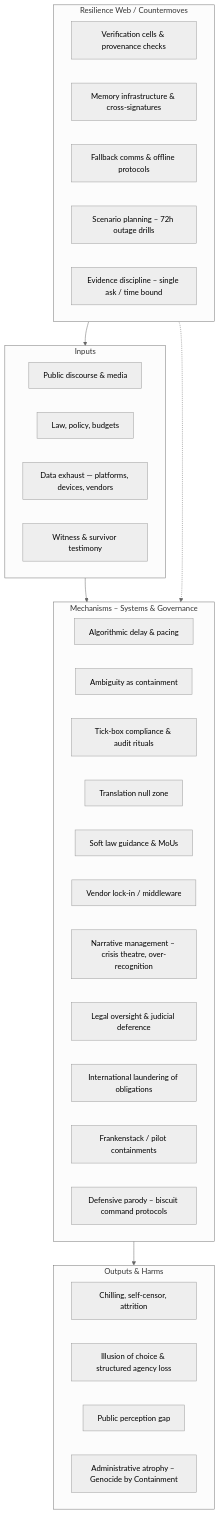
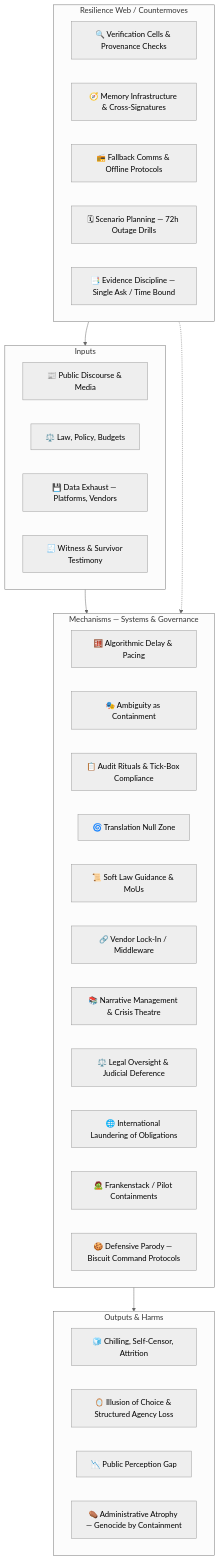
The diagram in Disruption_Kit/Big_Picture_Protocols/🌀_System_Governance/README.md (josefsbreakfast/Polaris-Protocol), drawn with Mermaid (neutral theme) before and after one commit. The commit also changed other lines of this file, not shown here.

````diff
--- a/Disruption_Kit/Big_Picture_Protocols/🌀_System_Governance/README.md
+++ b/Disruption_Kit/Big_Picture_Protocols/🌀_System_Governance/README.md
@@ -59,43 +58,43 @@
 ```mermaid
 flowchart TD
   subgraph IN[Inputs]
-    I1[Public discourse & media]
-    I2[Law, policy, budgets]
-    I3[Data exhaust — platforms, devices, vendors]
-    I4[Witness & survivor testimony]
+    I1[📰 Public Discourse & Media]
+    I2[⚖️ Law, Policy, Budgets]
+    I3[💾 Data Exhaust — Platforms, Vendors]
+    I4[🧾 Witness & Survivor Testimony]
   end
 
-  subgraph M[Mechanisms – Systems & Governance]
-    M1[Algorithmic delay & pacing]
-    M2[Ambiguity as containment]
-    M3[Tick-box compliance & audit rituals]
-    M4[Translation null zone]
-    M5[Soft law guidance & MoUs]
-    M6[Vendor lock-in / middleware]
-    M7[Narrative management – crisis theatre, over-recognition]
-    M8[Legal oversight & judicial deference]
-    M9[International laundering of obligations]
-    M10[Frankenstack / pilot containments]
-    M11[Defensive parody – biscuit command protocols]
+  subgraph M[Mechanisms — Systems & Governance]
+    M1[🧮 Algorithmic Delay & Pacing]
+    M2[🎭 Ambiguity as Containment]
+    M3[📋 Audit Rituals & Tick‑Box Compliance]
+    M4[🌀 Translation Null Zone]
+    M5[📜 Soft Law Guidance & MoUs]
+    M6[🔗 Vendor Lock‑In / Middleware]
+    M7[📚 Narrative Management & Crisis Theatre]
+    M8[⚖️ Legal Oversight & Judicial Deference]
+    M9[🌐 International Laundering of Obligations]
+    M10[🧟 Frankenstack / Pilot Containments]
+    M11[🍪 Defensive Parody — Biscuit Command Protocols]
   end
 
   subgraph O[Outputs & Harms]
-    O1[Chilling, self-censor, attrition]
-    O2[Illusion of choice & structured agency loss]
-    O3[Public perception gap]
-    O4[Administrative atrophy – Genocide by Containment]
+    O1[🧊 Chilling, Self‑Censor, Attrition]
+    O2[🪞 Illusion of Choice & Structured Agency Loss]
+    O3[📉 Public Perception Gap]
+    O4[⚰️ Administrative Atrophy — Genocide by Containment]
   end
 
   subgraph R[Resilience Web / Countermoves]
-    R1[Verification cells & provenance checks]
-    R2[Memory infrastructure & cross-signatures]
-    R3[Fallback comms & offline protocols]
-    R4[Scenario planning – 72h outage drills]
-    R5[Evidence discipline – single ask / time bound]
+    R1[🔍 Verification Cells & Provenance Checks]
+    R2[🧭 Memory Infrastructure & Cross‑Signatures]
+    R3[📻 Fallback Comms & Offline Protocols]
+    R4[🗓 Scenario Planning — 72h Outage Drills]
+    R5[📑 Evidence Discipline — Single Ask / Time Bound]
   end
 
   IN --> M
   M --> O
   R -.-> M
   R --> IN
 ```
````
